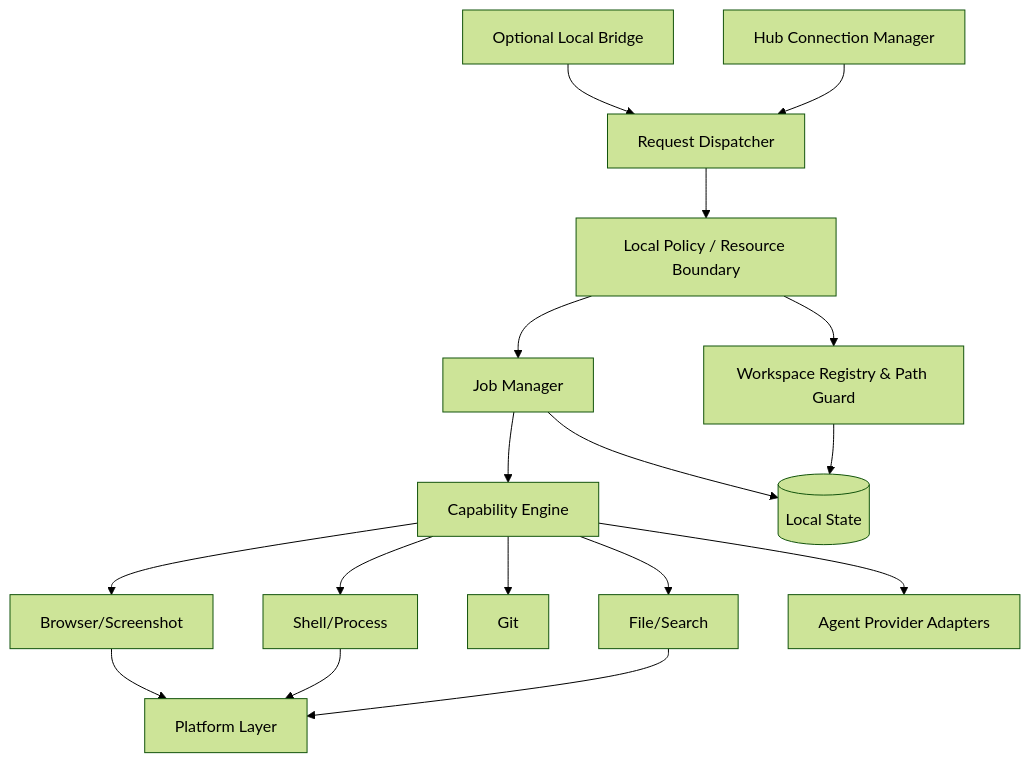
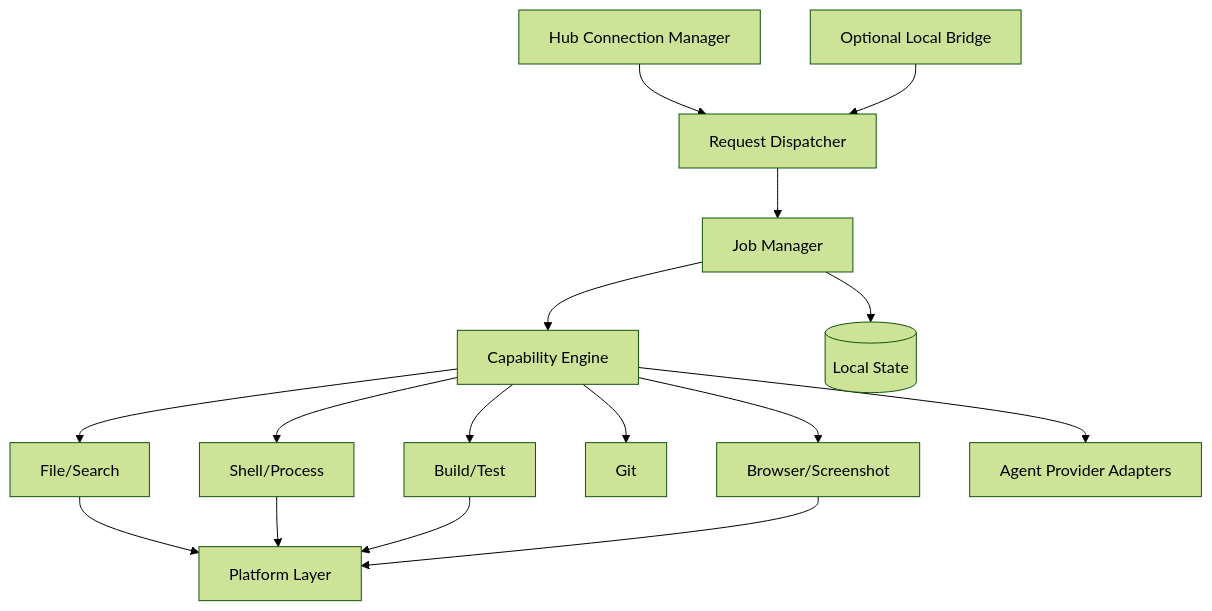
The fourth of 5 diagrams in docs/02-system-architecture.md (isguang2024/fast-spider), drawn with Mermaid (forest theme) before and after one commit. The commit also changed other lines of this file and 74 other files, not shown here.

Commit message:
feat: remove workspace boundary for personal node mode

````diff
--- a/docs/02-system-architecture.md
+++ b/docs/02-system-architecture.md
@@ -152,34 +110,32 @@
 ```mermaid
 flowchart TB
     CONN[Hub Connection Manager]
     LOCAL[Optional Local Bridge]
     DISPATCH[Request Dispatcher]
-    POLICY[Local Policy / Resource Boundary]
-    WS[Workspace Registry & Path Guard]
     JOB[Job Manager]
     CAP[Capability Engine]
     FILE[File/Search]
     SHELL[Shell/Process]
+    BUILD[Build/Test]
     GIT[Git]
     BROWSER[Browser/Screenshot]
     AGENT[Agent Provider Adapters]
     PLATFORM[Platform Layer]
     STATE[(Local State)]
 
     CONN --> DISPATCH
     LOCAL --> DISPATCH
-    DISPATCH --> POLICY
-    POLICY --> WS
-    POLICY --> JOB
+    DISPATCH --> JOB
     JOB --> CAP
     CAP --> FILE
     CAP --> SHELL
+    CAP --> BUILD
     CAP --> GIT
     CAP --> BROWSER
     CAP --> AGENT
     FILE --> PLATFORM
     SHELL --> PLATFORM
+    BUILD --> PLATFORM
     BROWSER --> PLATFORM
-    WS --> STATE
     JOB --> STATE
 ```
````
